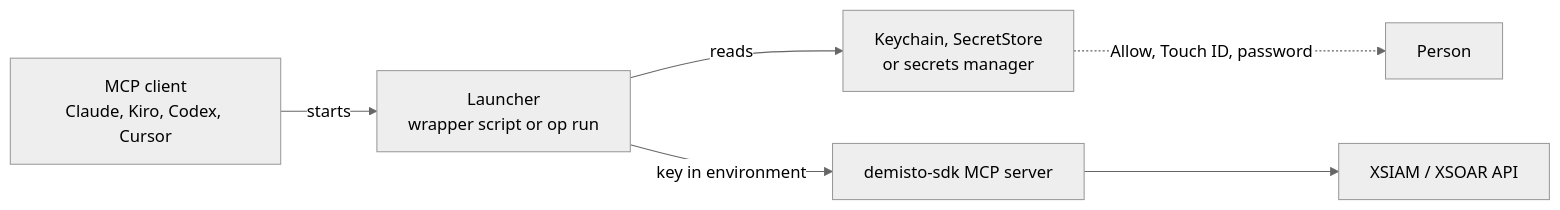
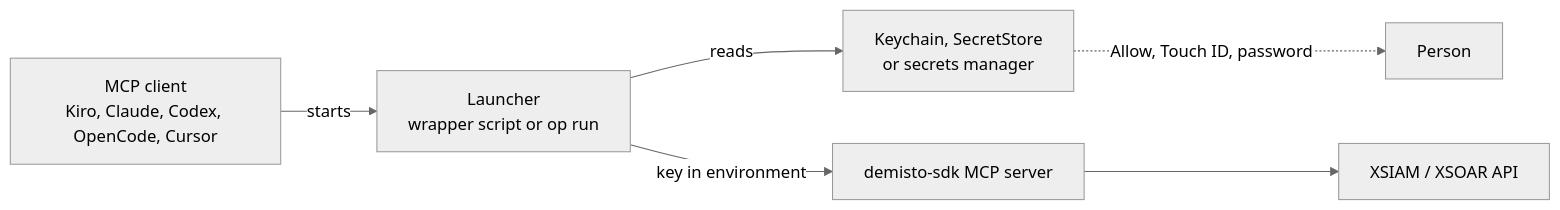
One commit to ciaran-finnegan/cortex-xsiam-sdk-mcp-tools changed the diagram in docs/CREDENTIALS.md. Above: the diagram before and after it, drawn with Mermaid (neutral theme). The commit also changed 1 other file, not shown here.

Commit message:
docs: order MCP client examples Kiro, Claude Code, Codex, OpenCode (#3)
Kiro carries the op run example, OpenCode is added, Cursor points at the Kiro
JSON. Diagram label updated to match.

````diff
--- a/docs/CREDENTIALS.md
+++ b/docs/CREDENTIALS.md
@@ -34,8 +34,8 @@
 ```mermaid
 flowchart LR
-  Client["MCP client<br/>Claude, Kiro, Codex, Cursor"] -->|starts| Launcher["Launcher<br/>wrapper script or op run"]
+  Client["MCP client<br/>Kiro, Claude, Codex, OpenCode, Cursor"] -->|starts| Launcher["Launcher<br/>wrapper script or op run"]
   Launcher -->|reads| Store["Keychain, SecretStore<br/>or secrets manager"]
   Store -.->|Allow, Touch ID, password| Person["Person"]
   Launcher -->|key in environment| Server["demisto-sdk MCP server"]
   Server --> XSIAM["XSIAM / XSOAR API"]
 ```
````
